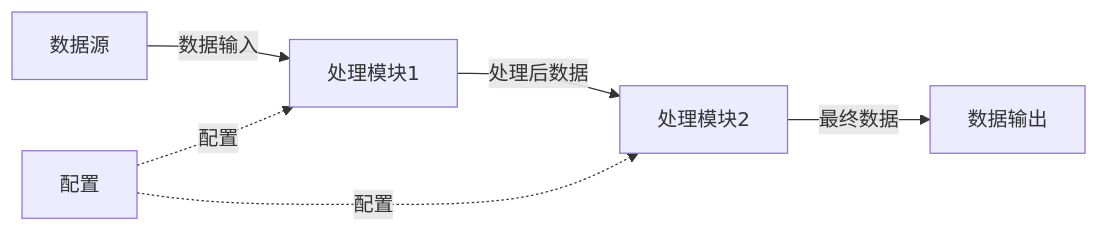
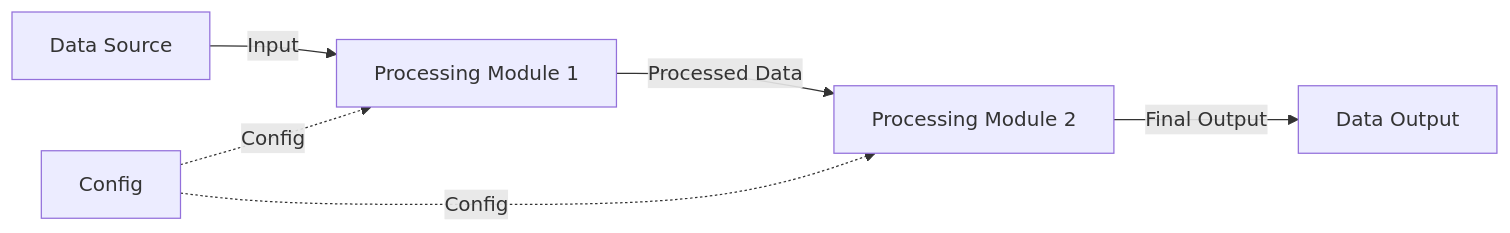
Before and after one commit to Konggou/my_skills: the fifth of 7 diagrams in custom/project-framework-analyzer/assets/framework-diagram-template.md, drawn with Mermaid. The commit also changed other lines of this file and 6 other files, not shown here.

````diff
--- a/custom/project-framework-analyzer/assets/framework-diagram-template.md
+++ b/custom/project-framework-analyzer/assets/framework-diagram-template.md
@@ -106,9 +106,9 @@
 ```mermaid
 flowchart LR
-    A[数据源] -->|数据输入| B[处理模块1]
-    B -->|处理后数据| C[处理模块2]
-    C -->|最终数据| D[数据输出]
+    A[Data Source] -->|Input| B[Processing Module 1]
+    B -->|Processed Data| C[Processing Module 2]
+    C -->|Final Output| D[Data Output]
     
-    E[配置] -.->|配置| B
-    E -.->|配置| C
+    E[Config] -.->|Config| B
+    E -.->|Config| C
 ```
````
